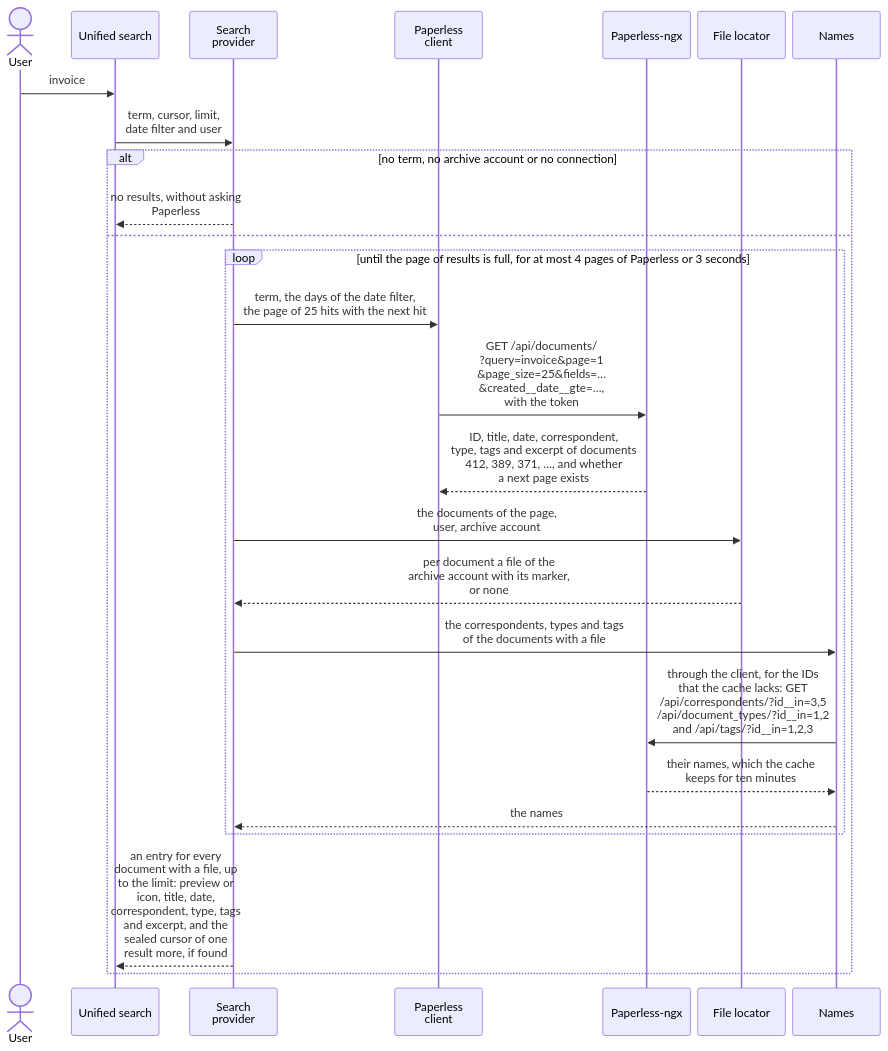
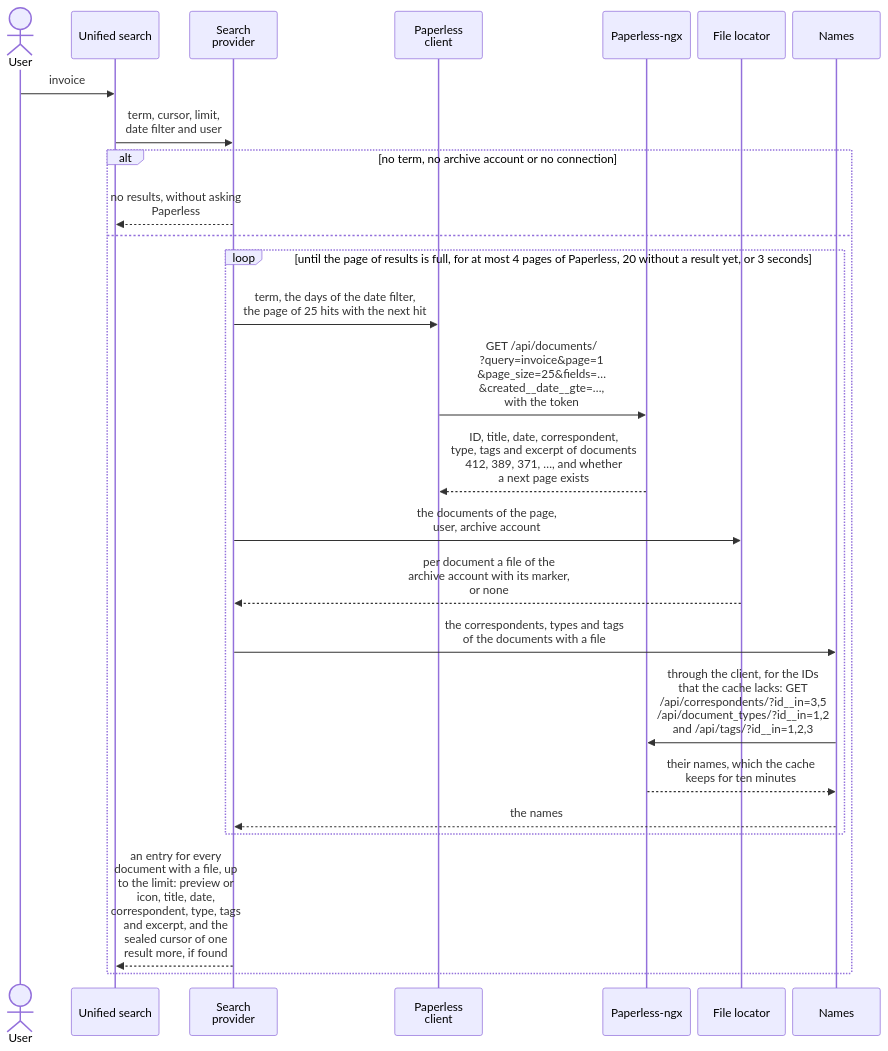
One commit to Dennis-Otto/paperless-unified-search changed the diagram in docs/diagrams/the-data-flow-of-a-search.mmd. Above: the diagram before and after it, drawn with Mermaid. The commit also changed 24 other files, not shown here.

First line of the commit message:
fix(search): search further while a page has no result (#422)

```diff
--- a/docs/diagrams/the-data-flow-of-a-search.mmd
+++ b/docs/diagrams/the-data-flow-of-a-search.mmd
@@ -1,36 +1,36 @@
 ---
 config:
   sequence:
     wrap: true
     width: 120
     actorMargin: 10
 ---
 sequenceDiagram
     accTitle: The data flow of a search
-    accDescr: A user searches for invoice. The unified search passes the term, the cursor, the limit, the date filter and the user to the search provider. Without a term, an archive account or a connection, the provider answers with no results and doesn't ask Paperless. Otherwise, until the page of results is full, the Paperless client asks Paperless-ngx with the token for the page of 25 hits that holds the next hit, within the days of the date filter, and only for the fields that a result shows, and Paperless answers with the ID, the title, the date, the IDs of the correspondent, the type and the tags and the excerpt of documents 412, 389, 371 and more, and whether a next page exists. One call of the file locator covers all documents of that page and returns for each a file of the archive account with its marker, or none. For the documents with a file, the names ask Paperless, through the client, for the correspondents, the types and the tags that the cache doesn't hold, with one request per kind, and keep their names for ten minutes. This repeats for at most 4 pages of Paperless or 3 seconds. The provider answers with an entry for every document with a file, up to the limit, with the preview of the file or the icon of its type, the title, the date in the language of the user, the correspondent, the type and the excerpt, and, when it found one result more than the page holds, the sealed cursor of that result, which it leaves for the next page.
+    accDescr: A user searches for invoice. The unified search passes the term, the cursor, the limit, the date filter and the user to the search provider. Without a term, an archive account or a connection, the provider answers with no results and doesn't ask Paperless. Otherwise, until the page of results is full, the Paperless client asks Paperless-ngx with the token for the page of 25 hits that holds the next hit, within the days of the date filter, and only for the fields that a result shows, and Paperless answers with the ID, the title, the date, the IDs of the correspondent, the type and the tags and the excerpt of documents 412, 389, 371 and more, and whether a next page exists. One call of the file locator covers all documents of that page and returns for each a file of the archive account with its marker, or none. For the documents with a file, the names ask Paperless, through the client, for the correspondents, the types and the tags that the cache doesn't hold, with one request per kind, and keep their names for ten minutes. This repeats for at most 4 pages of Paperless, or 20 while it has found no result yet, or 3 seconds. The provider answers with an entry for every document with a file, up to the limit, with the preview of the file or the icon of its type, the title, the date in the language of the user, the correspondent, the type and the excerpt, and, when it found one result more than the page holds, the sealed cursor of that result, which it leaves for the next page.
 
     actor User
     participant Search as Unified search
     participant Provider as Search provider
     participant Client as Paperless client
     participant Paperless as Paperless-ngx
     participant Locator as File locator
     participant Names as Names
     User->>Search: invoice
     Search->>Provider: term, cursor, limit,<br>date filter and user
     alt no term, no archive account or no connection
         Provider-->>Search: no results, without asking Paperless
     else
-        loop until the page of results is full, for at most 4 pages of Paperless or 3 seconds
+        loop until the page of results is full, for at most 4 pages of Paperless, 20 without a result yet, or 3 seconds
             Provider->>Client: term, the days of the date filter,<br>the page of 25 hits with the next hit
             Client->>Paperless: GET /api/documents/<br>?query=invoice&page=1<br>&page_size=25&fields=…<br>&created__date__gte=…,<br>with the token
             Paperless-->>Client: ID, title, date, correspondent,<br>type, tags and excerpt of documents<br>412, 389, 371, …, and whether<br>a next page exists
             Provider->>Locator: the documents of the page,<br>user, archive account
             Locator-->>Provider: per document a file of the<br>archive account with its marker,<br>or none
             Provider->>Names: the correspondents, types and tags<br>of the documents with a file
             Names->>Paperless: through the client, for the IDs<br>that the cache lacks: GET<br>/api/correspondents/?id__in=3,5<br>/api/document_types/?id__in=1,2<br>and /api/tags/?id__in=1,2,3
             Paperless-->>Names: their names, which the cache<br>keeps for ten minutes
             Names-->>Provider: the names
         end
         Provider-->>Search: an entry for every document with a file, up to the limit: preview or icon, title, date, correspondent, type, tags and excerpt, and the sealed cursor of one result more, if found
     end
```
